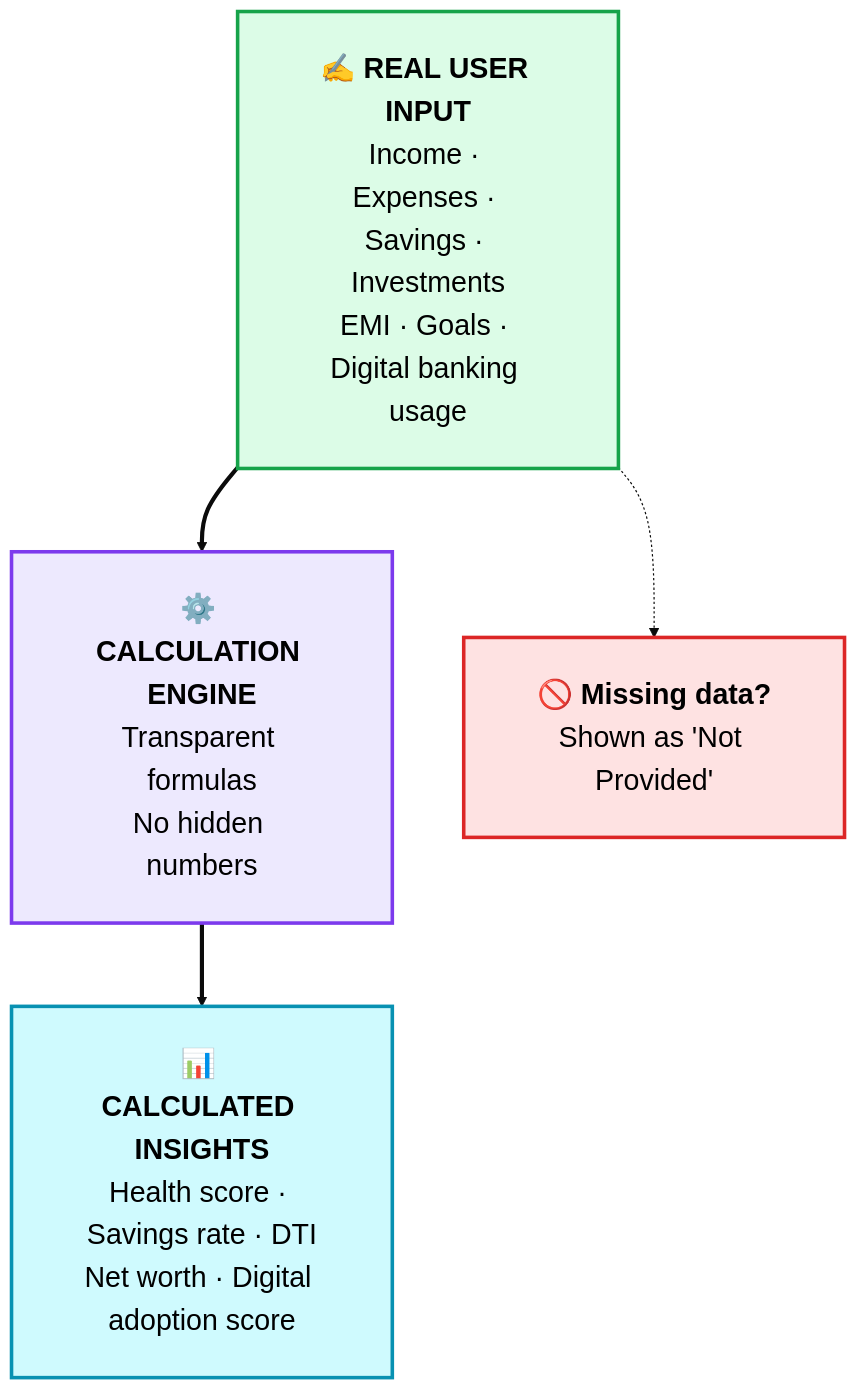
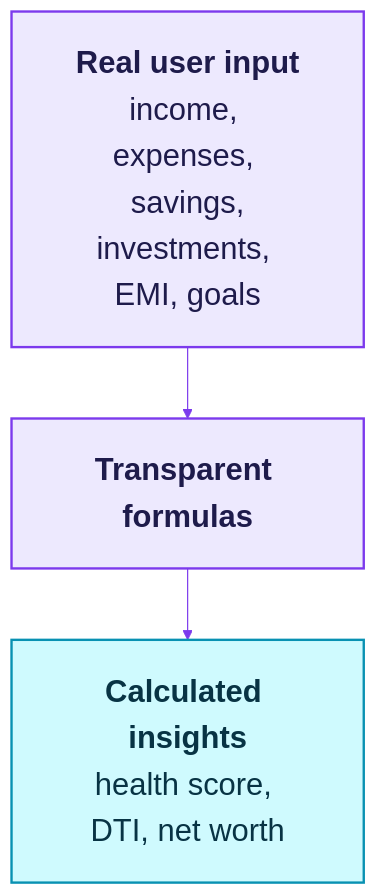
One commit to Mansi232323/MANSHORA changed the fifth of 13 diagrams in README.md. Above: the diagram before and after it, drawn with Mermaid. The commit also changed other lines of this file, not shown here.

````diff
--- a/README.md
+++ b/README.md
@@ -245,14 +200,12 @@
 ```mermaid
-%%{init: {'theme':'base','themeVariables':{'fontSize':'24px'},'flowchart':{'nodeSpacing':60,'rankSpacing':70,'padding':30,'htmlLabels':true}}}%%
+%%{init: {'theme':'base','themeVariables':{'fontSize':'26px','lineColor':'#7c3aed'},'flowchart':{'nodeSpacing':50,'rankSpacing':60,'padding':24,'htmlLabels':true}}}%%
 flowchart TB
-    I["<b>✍️ REAL USER INPUT</b><br/>Income · Expenses · Savings · Investments<br/>EMI · Goals · Digital banking usage"]
-    K["<b>⚙️ CALCULATION ENGINE</b><br/>Transparent formulas<br/>No hidden numbers"]
-    O["<b>📊 CALCULATED INSIGHTS</b><br/>Health score · Savings rate · DTI<br/>Net worth · Digital adoption score"]
-    N["<b>🚫 Missing data?</b><br/>Shown as 'Not Provided'"]
-    I ==> K ==> O
-    I -.-> N
-    style I fill:#dcfce7,stroke:#16a34a,stroke-width:3px,color:#000
-    style K fill:#ede9fe,stroke:#7c3aed,stroke-width:3px,color:#000
-    style O fill:#cffafe,stroke:#0891b2,stroke-width:3px,color:#000
-    style N fill:#fee2e2,stroke:#dc2626,stroke-width:3px,color:#000
+    I["<b>Real user input</b><br/>income, expenses, savings,<br/>investments, EMI, goals"]
+    K["<b>Transparent formulas</b>"]
+    O["<b>Calculated insights</b><br/>health score, DTI, net worth"]
+    I --> K --> O
+    classDef flow fill:#ede9fe,stroke:#7c3aed,stroke-width:2px,color:#1e1b4b
+    classDef out fill:#cffafe,stroke:#0891b2,stroke-width:2px,color:#083344
+    class I,K flow
+    class O out
 ```
````
